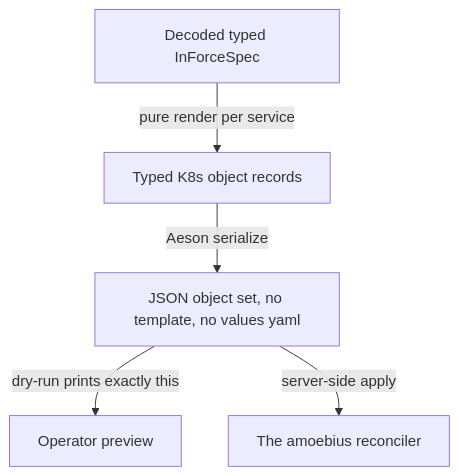
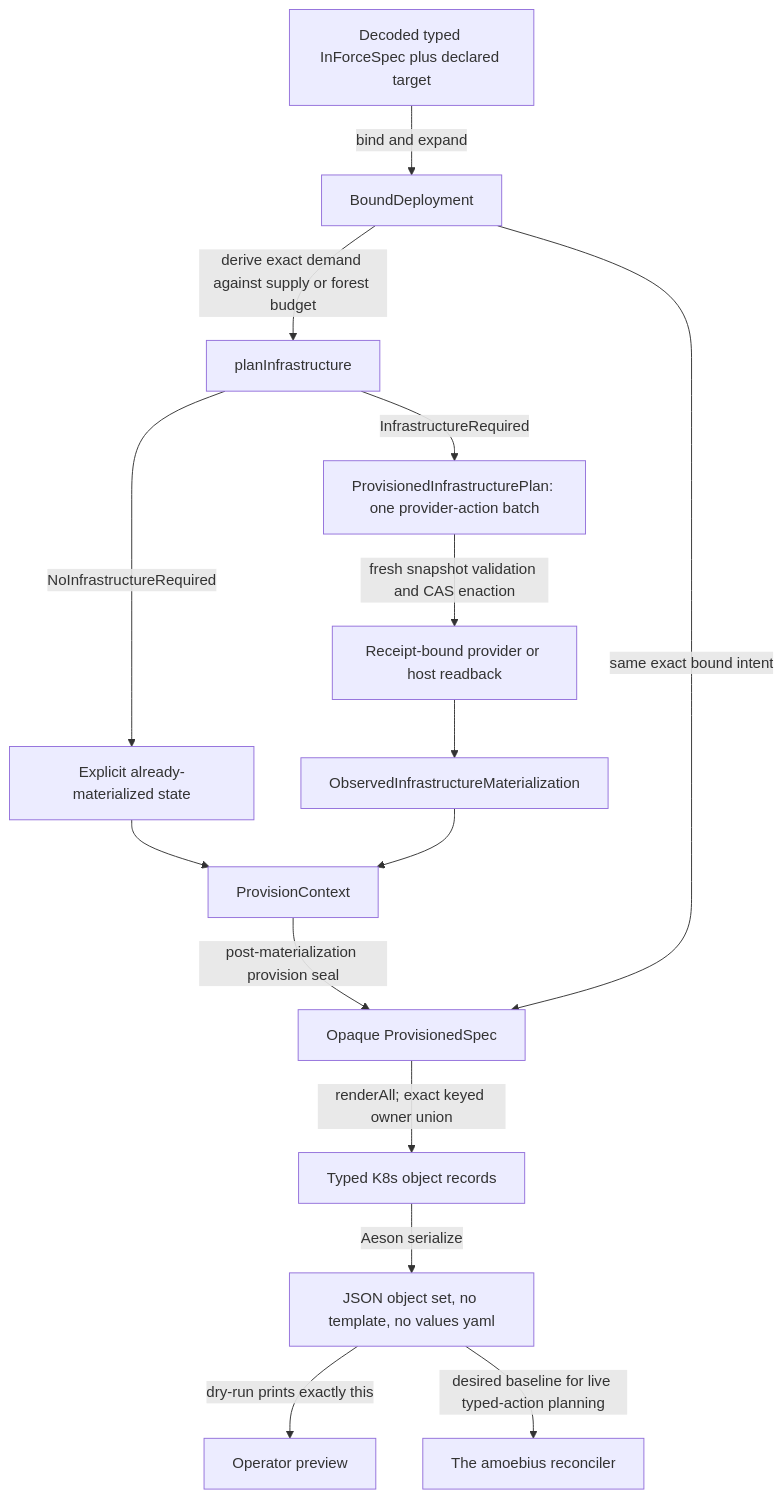
Before and after one commit to Tuee22/amoebius: the first of 4 diagrams in documents/engineering/manifest_generation_doctrine.md, drawn with Mermaid. The commit also changed other lines of this file and 87 other files, not shown here.

````diff
--- a/documents/engineering/manifest_generation_doctrine.md
+++ b/documents/engineering/manifest_generation_doctrine.md
@@ -112,7 +192,17 @@
 ```mermaid
 flowchart TD
-  spec[Decoded typed InForceSpec] -->|pure render per service| objs[Typed K8s object records]
+  spec[Decoded typed InForceSpec plus declared target] -->|bind and expand| bound[BoundDeployment]
+  bound -->|derive exact demand against supply or forest budget| planner[planInfrastructure]
+  planner -->|NoInfrastructureRequired| present[Explicit already-materialized state]
+  planner -->|InfrastructureRequired| infra[ProvisionedInfrastructurePlan: one provider-action batch]
+  infra -->|fresh snapshot validation and CAS enaction| receipt[Receipt-bound provider or host readback]
+  receipt --> materialized[ObservedInfrastructureMaterialization]
+  present --> context[ProvisionContext]
+  materialized --> context
+  context -->|post-materialization provision seal| provisioned[Opaque ProvisionedSpec]
+  bound -->|same exact bound intent| provisioned
+  provisioned -->|renderAll; exact keyed owner union| objs[Typed K8s object records]
   objs -->|Aeson serialize| json[JSON object set, no template, no values yaml]
   json -->|dry-run prints exactly this| preview[Operator preview]
-  json -->|server-side apply| engine[The amoebius reconciler]
+  json -->|desired baseline for live typed-action planning| engine[The amoebius reconciler]
 ```
````
